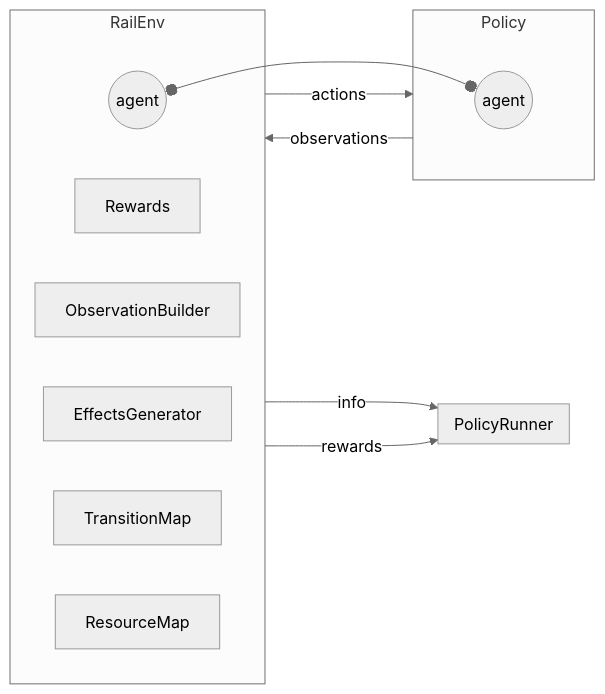
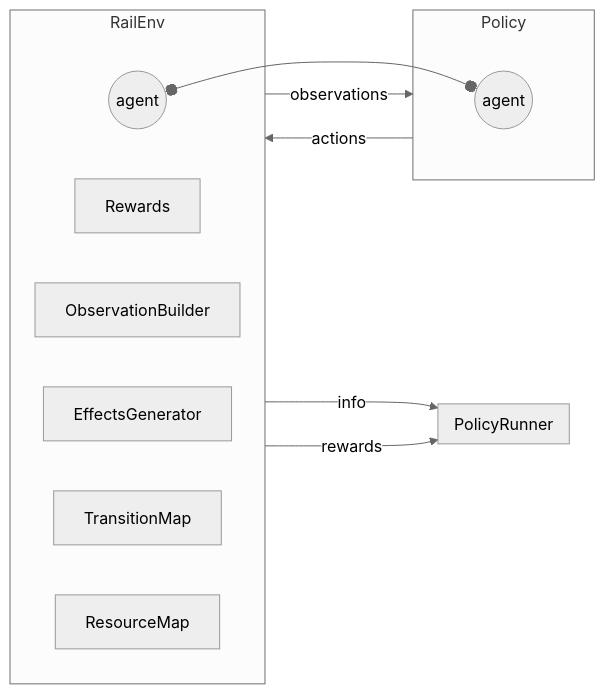
One commit to flatland-association/flatland-book changed the first of 2 diagrams in key-concepts/simulation_model.md. Above: the diagram before and after it, drawn with Mermaid (neutral theme).

Commit message:
docs(key-concepts): fix direction of observations/actions in simulation model diagram.

````diff
--- a/key-concepts/simulation_model.md
+++ b/key-concepts/simulation_model.md
@@ -13,23 +13,23 @@
 ```mermaid
 flowchart LR
     subgraph PolicyRunner
     end
     subgraph RailEnv
         agent((agent))
         Rewards
         ObservationBuilder
         EffectsGenerator
         TransitionMap
         ResourceMap
     end
     subgraph Policy
         agent_policy((agent))
 
     end
-    RailEnv -->|actions| Policy
-    Policy -->|observations| RailEnv
+    RailEnv -->|observations| Policy
+    Policy -->|actions| RailEnv
     agent o--o agent_policy
     RailEnv -->|info| PolicyRunner
     RailEnv -->|rewards| PolicyRunner
 
 ```
````
